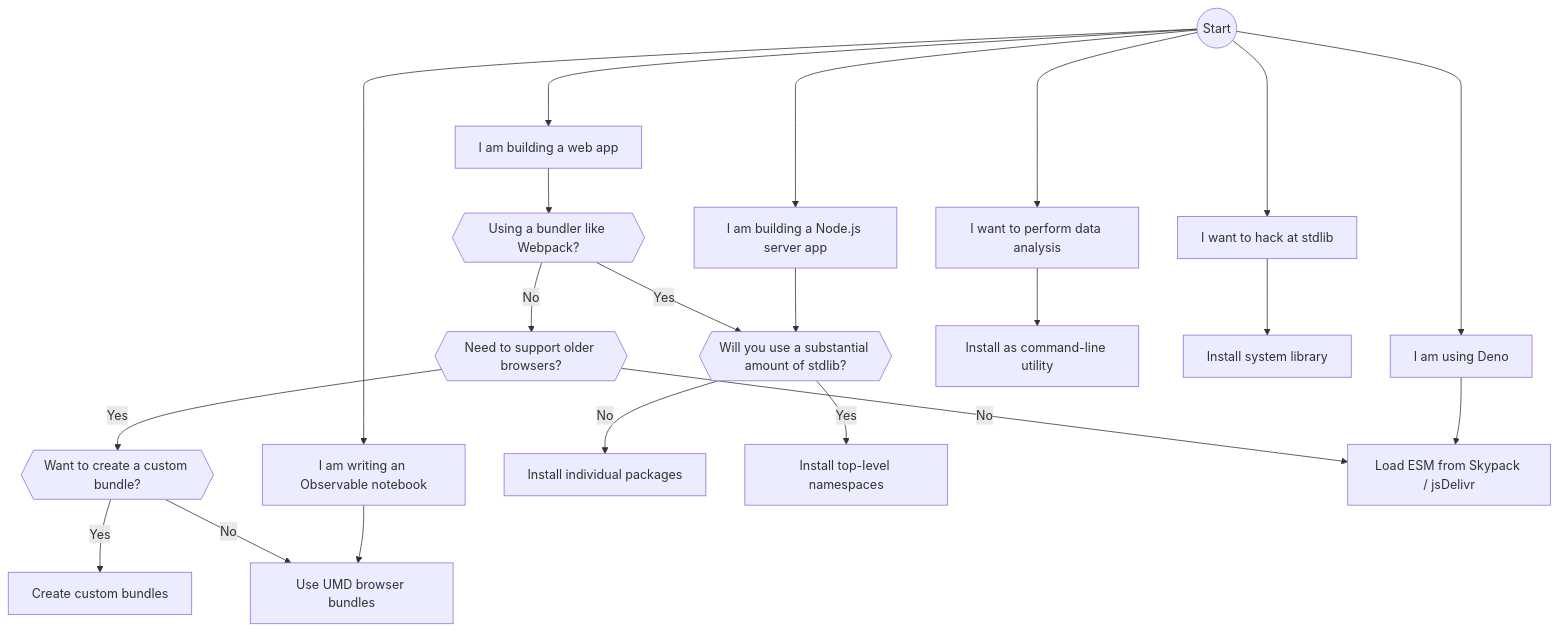
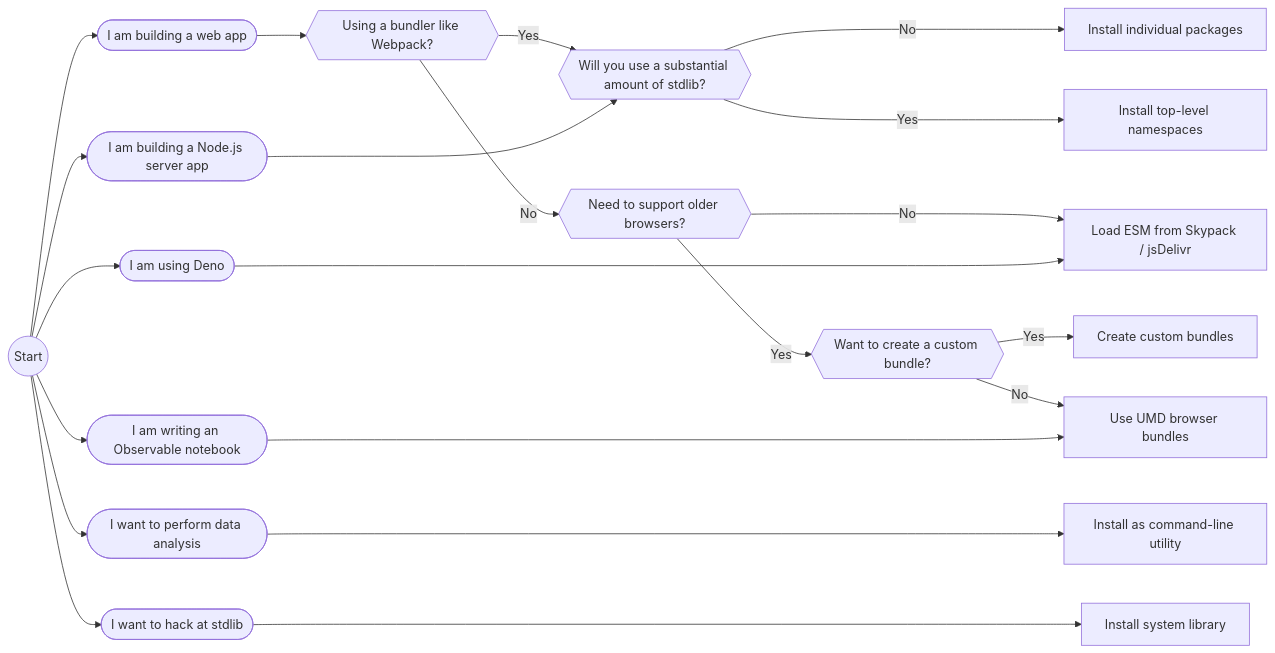
One commit to stdlib-js/stdlib changed the diagram in README.md. Above: the diagram before and after it, drawn with Mermaid. The commit also changed other lines of this file, not shown here.

Commit message:
Update diagram

````diff
--- a/README.md
+++ b/README.md
@@ -193,47 +191,47 @@
 ```mermaid
-graph TB
+graph LR
     Z((Start))
 
-    A[I want to perform data analysis]
-    B[I am building a web app]
+    A([I want to perform data analysis])
+    B([I am building a web app])
     B1{{Using a bundler like Webpack?}}
     B2{{Need to support older browsers?}}
     B3{{Want to create a custom bundle?}}
-    C[I am building a Node.js server app]
+    C([I am building a Node.js server app])
     C1{{Will you use a substantial amount of stdlib?}}
-    D[I am using Deno]
-    E[I am writing an Observable notebook]
-    F[I want to hack at stdlib]
+    D([I am using Deno])
+    E([I am writing an Observable notebook])
+    F([I want to hack at stdlib])
 
     G[Install as command-line utility]
     H[Install individual packages]
     I[Create custom bundles]
     J[Use UMD browser bundles]
     K[Install system library]
     L[Install top-level namespaces]
     M[Load ESM from Skypack / jsDelivr]
 
-    Z ----> A --> G
-    Z ---> B --> B1
-    Z ----> C --> C1
-    Z ----> D --> M
-    Z ---> E --> J
-    Z ----> F --> K
-
+    Z --> B --> B1
     B1 -- Yes --> C1
     B1 -- No --> B2
     B2 -- No --> M
     B2 -- Yes --> B3
     B3 -- Yes --> I
     B3 -- No --> J
 
-    C1 -- No --> H
-    C1 -- Yes --> L
+    Z --> C ---> C1
+    C1 -- No ---> H
+    C1 -- Yes ---> L
+
+    Z --> D -----> M
+    Z --> A -----> G
+    Z --> F -----> K
+    Z --> E -----> J
 
     click G href "https://github.com/stdlib-js/stdlib#command-line-utility"
     click H href "https://github.com/stdlib-js/stdlib#individual-packages"
     click I href "https://github.com/stdlib-js/stdlib#custom-bundles"
     click J href "https://github.com/stdlib-js/stdlib#browser-bundles"
     click L href "https://github.com/stdlib-js/stdlib#namespaces"
     click K href "https://github.com/stdlib-js/stdlib#system-library"
-```
+ ```
````
